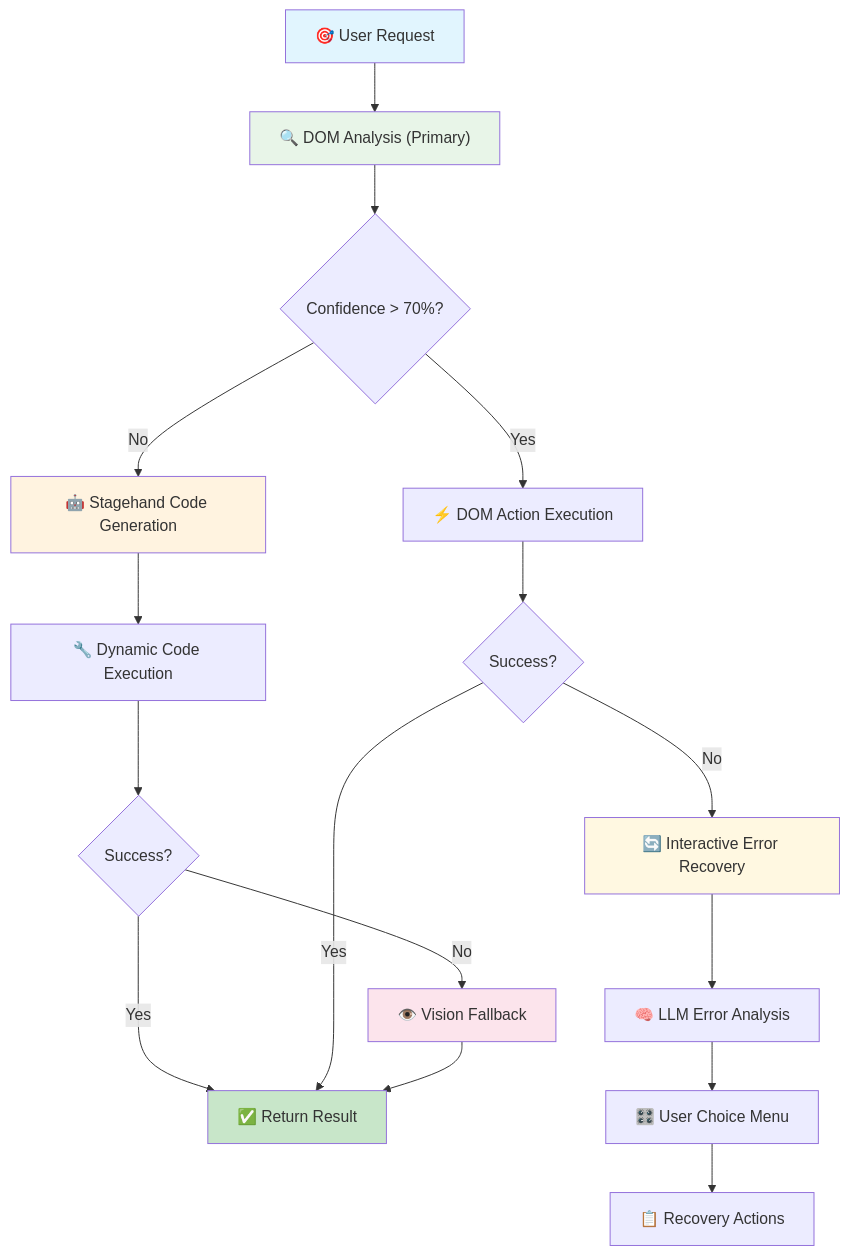
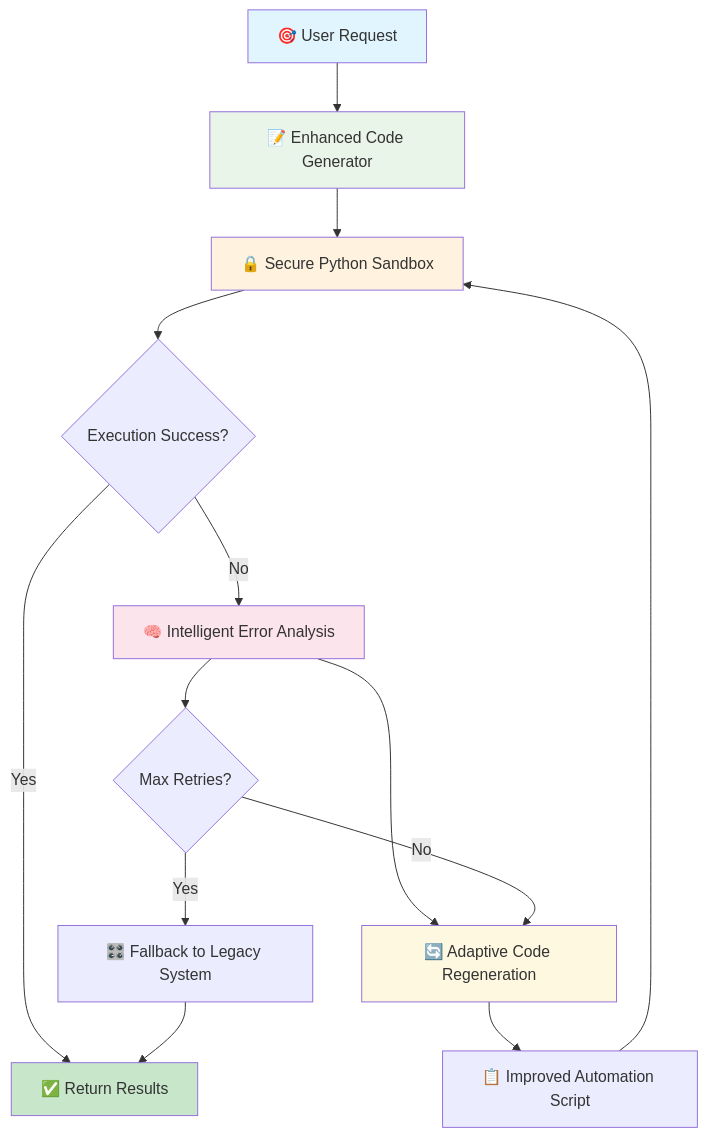
Before and after one commit to yiqiao-yin/wyn360-cli: the diagram in docs/architecture/autonomous-browsing.md, drawn with Mermaid. The commit also changed other lines of this file and 18 other files, not shown here.

````diff
--- a/docs/architecture/autonomous-browsing.md
+++ b/docs/architecture/autonomous-browsing.md
@@ -20,25 +20,22 @@
 ```mermaid
 graph TD
-    A["🎯 User Request"] --> B["🔍 DOM Analysis (Primary)"]
-    B --> C{Confidence > 70%?}
-    C -->|Yes| D["⚡ DOM Action Execution"]
-    C -->|No| E["🤖 Stagehand Code Generation"]
-    E --> F["🔧 Dynamic Code Execution"]
-    F --> G{Success?}
-    G -->|Yes| H["✅ Return Result"]
-    G -->|No| I["👁️ Vision Fallback"]
-    D --> J{Success?}
-    J -->|Yes| H
-    J -->|No| K["🔄 Interactive Error Recovery"]
-    K --> L["🧠 LLM Error Analysis"]
-    L --> M["🎛️ User Choice Menu"]
-    M --> N["📋 Recovery Actions"]
-    I --> H
+    A["🎯 User Request"] --> B["📝 Enhanced Code Generator"]
+    B --> C["🔒 Secure Python Sandbox"]
+    C --> D{Execution Success?}
+    D -->|Yes| E["✅ Return Results"]
+    D -->|No| F["🧠 Intelligent Error Analysis"]
+    F --> G["🔄 Adaptive Code Regeneration"]
+    G --> H["📋 Improved Automation Script"]
+    H --> C
+    F --> I{Max Retries?}
+    I -->|No| G
+    I -->|Yes| J["🎛️ Fallback to Legacy System"]
+    J --> E
 
     style A fill:#e1f5fe
     style B fill:#e8f5e8
-    style E fill:#fff3e0
-    style I fill:#fce4ec
-    style H fill:#c8e6c9
-    style K fill:#fff8e1
+    style C fill:#fff3e0
+    style F fill:#fce4ec
+    style E fill:#c8e6c9
+    style G fill:#fff8e1
 ```
````
